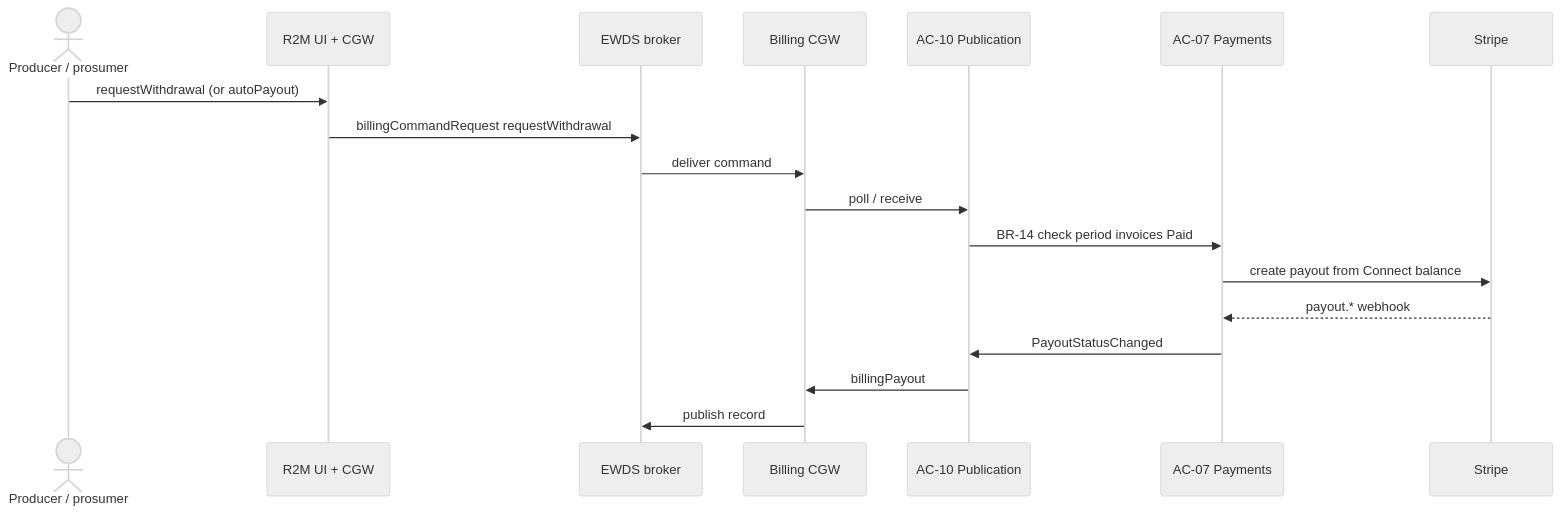
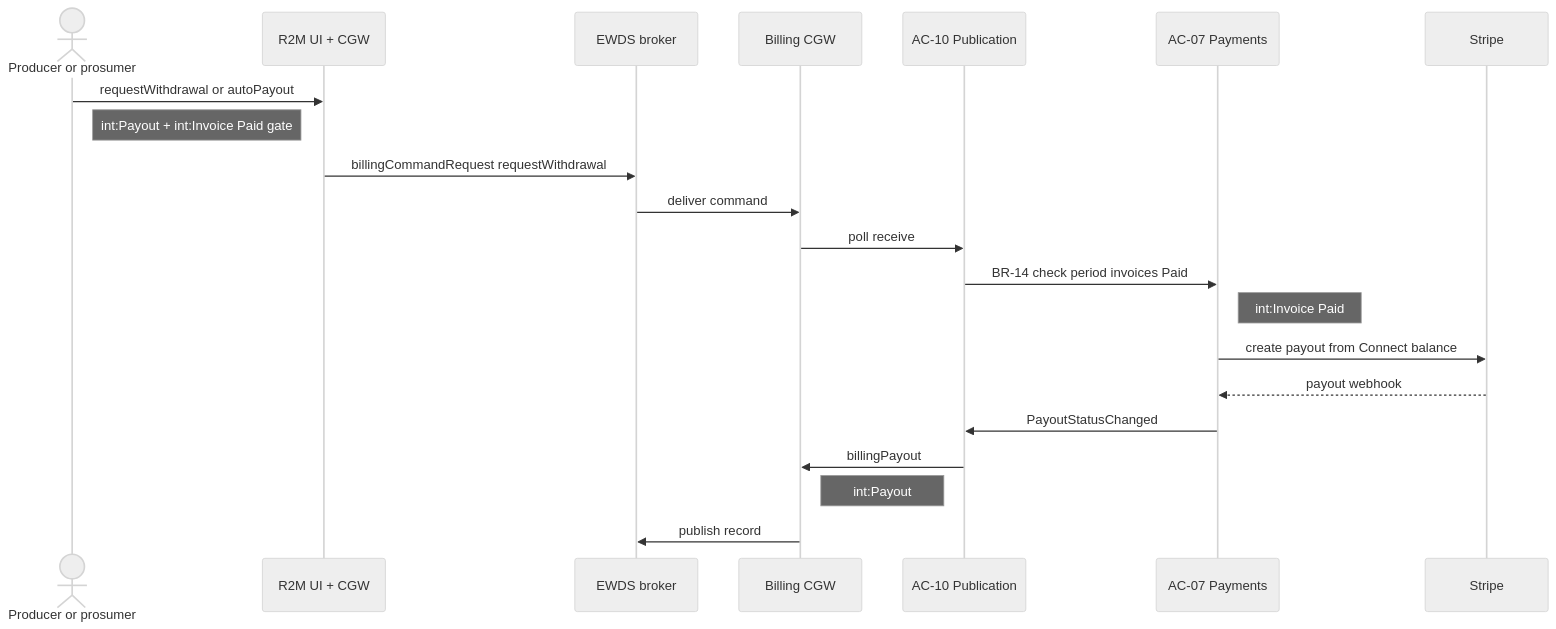
One commit to blooo-io/intelligent-eu-bps-source changed the tenth of 14 diagrams in docs/architecture/07-scenario-flows.md. Above: the diagram before and after it, drawn with Mermaid (neutral theme). The commit also changed other lines of this file, not shown here.

First line of the commit message:
docs(INT-451): ontology objects on scenario flow steps; fix S12 Mermaid (#225)

````diff
--- a/docs/architecture/07-scenario-flows.md
+++ b/docs/architecture/07-scenario-flows.md
@@ -281,20 +369,23 @@
 ```mermaid
 sequenceDiagram
-  actor Prod as Producer / prosumer
+  actor Prod as Producer or prosumer
   participant R2M as R2M UI + CGW
   participant EWDS as EWDS broker
   participant CGW as Billing CGW
   participant AC10 as AC-10 Publication
   participant AC07 as AC-07 Payments
   participant Stripe as Stripe
-  Prod->>R2M: requestWithdrawal (or autoPayout)
+  Prod->>R2M: requestWithdrawal or autoPayout
+  Note right of Prod: int:Payout + int:Invoice Paid gate
   R2M->>EWDS: billingCommandRequest requestWithdrawal
   EWDS->>CGW: deliver command
-  CGW->>AC10: poll / receive
+  CGW->>AC10: poll receive
   AC10->>AC07: BR-14 check period invoices Paid
+  Note right of AC07: int:Invoice Paid
   AC07->>Stripe: create payout from Connect balance
-  Stripe-->>AC07: payout.* webhook
+  Stripe-->>AC07: payout webhook
   AC07->>AC10: PayoutStatusChanged
   AC10->>CGW: billingPayout
+  Note right of CGW: int:Payout
   CGW->>EWDS: publish record
 ```
````
